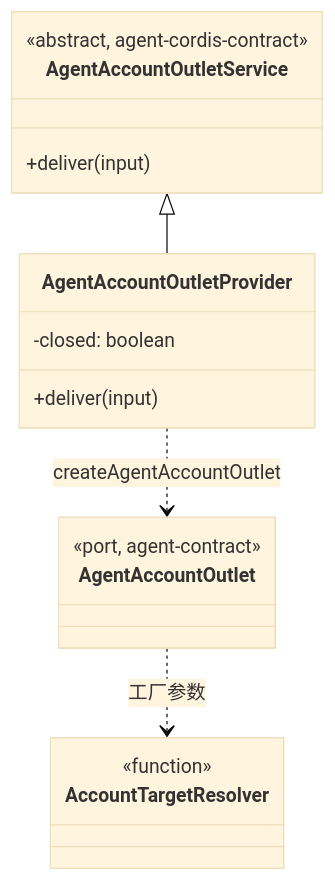
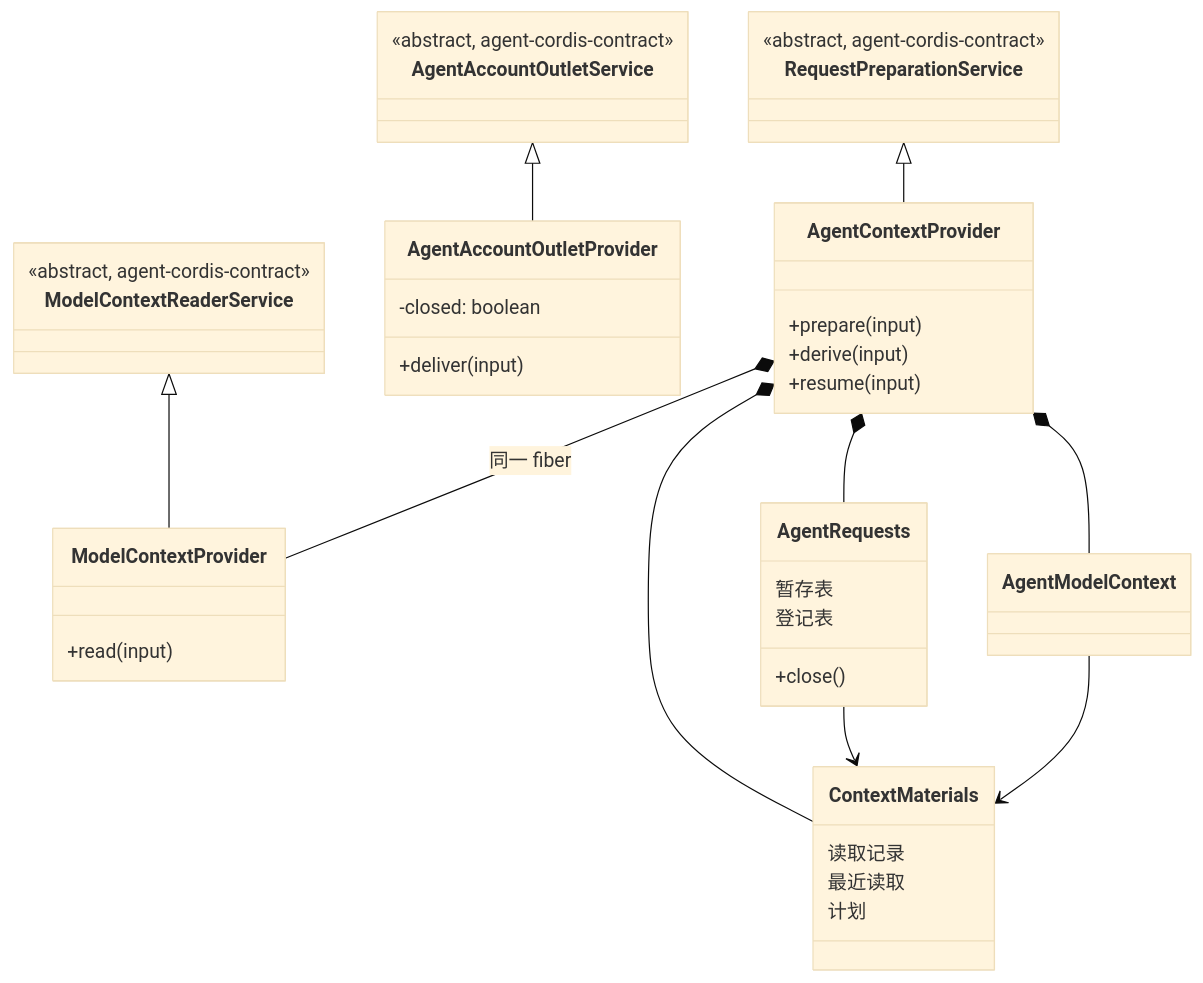
The diagram in packages/context/agent-context/docs/object-model.md (nemori-ai/omne-harness-lite), drawn with Mermaid (base theme) before and after one commit. The commit also changed other lines of this file and 9 other files, not shown here.

First line of the commit message:
docs(agent-context): 第二步落字：SPEC、docs、README 与 request-context-contract 的适配方案（#502）

````diff
--- a/packages/context/agent-context/docs/object-model.md
+++ b/packages/context/agent-context/docs/object-model.md
@@ -7,20 +7,44 @@
 ```mermaid
 classDiagram
   class AgentAccountOutletService {
     <<abstract, agent-cordis-contract>>
-    +deliver(input)
+  }
+  class RequestPreparationService {
+    <<abstract, agent-cordis-contract>>
+  }
+  class ModelContextReaderService {
+    <<abstract, agent-cordis-contract>>
   }
   class AgentAccountOutletProvider {
     -closed: boolean
     +deliver(input)
   }
-  class AgentAccountOutlet {
-    <<port, agent-contract>>
+  class AgentContextProvider {
+    +prepare(input)
+    +derive(input)
+    +resume(input)
   }
-  class AccountTargetResolver {
-    <<function>>
+  class ModelContextProvider {
+    +read(input)
   }
+  class ContextMaterials {
+    读取记录
+    最近读取
+    计划
+  }
+  class AgentRequests {
+    暂存表
+    登记表
+    +close()
+  }
+  class AgentModelContext
   AgentAccountOutletService <|-- AgentAccountOutletProvider
-  AgentAccountOutletProvider ..> AgentAccountOutlet : createAgentAccountOutlet
-  AgentAccountOutlet ..> AccountTargetResolver : 工厂参数
+  RequestPreparationService <|-- AgentContextProvider
+  ModelContextReaderService <|-- ModelContextProvider
+  AgentContextProvider *-- ModelContextProvider : 同一 fiber
+  AgentContextProvider *-- ContextMaterials
+  AgentContextProvider *-- AgentRequests
+  AgentContextProvider *-- AgentModelContext
+  AgentRequests --> ContextMaterials
+  AgentModelContext --> ContextMaterials
 ```
````
